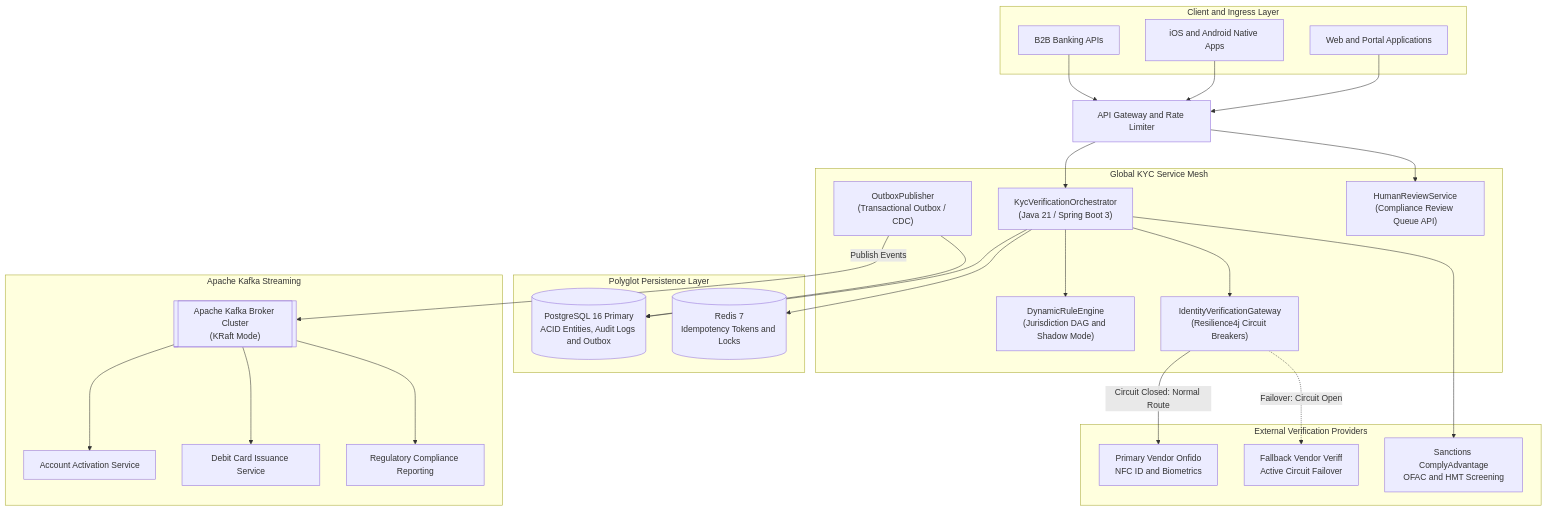
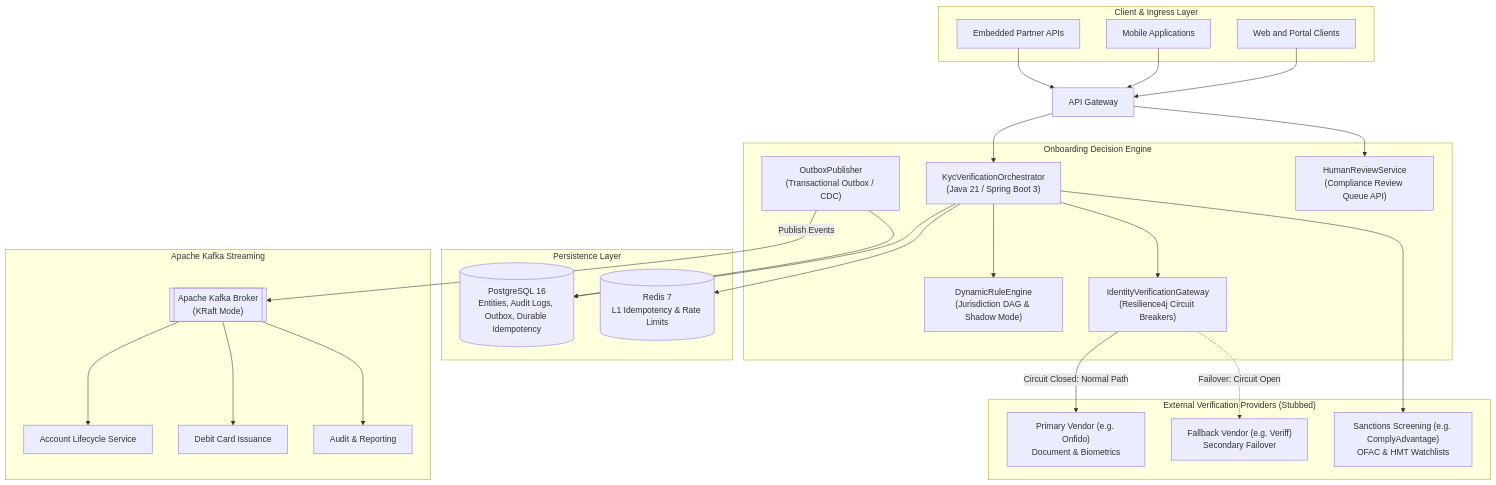
The diagram in README.md (snehanathani/global-kyc-onboarding-platform), drawn with Mermaid before and after one commit. The commit also changed other lines of this file and 10 other files, not shown here.

Commit message:
refactor: tone down README, untrack interview guide, implement dual-tier idempotency, enforce fail-closed sanctions, add ADR-006

````diff
--- a/README.md
+++ b/README.md
@@ -29,57 +27,57 @@
 ```mermaid
 flowchart TD
-    subgraph Ingress["Client and Ingress Layer"]
-        Web["Web and Portal Applications"]
-        Mobile["iOS and Android Native Apps"]
-        Platform["B2B Banking APIs"]
+    subgraph Ingress["Client & Ingress Layer"]
+        Web["Web and Portal Clients"]
+        Mobile["Mobile Applications"]
+        Partner["Embedded Partner APIs"]
     end
 
-    Web --> Gateway["API Gateway and Rate Limiter"]
+    Web --> Gateway["API Gateway"]
     Mobile --> Gateway
-    Platform --> Gateway
+    Partner --> Gateway
 
-    subgraph CoreEngine["Global KYC Service Mesh"]
+    subgraph ServiceMesh["Onboarding Decision Engine"]
         Orchestrator["KycVerificationOrchestrator<br/>(Java 21 / Spring Boot 3)"]
-        RuleDAG["DynamicRuleEngine<br/>(Jurisdiction DAG and Shadow Mode)"]
+        RuleDAG["DynamicRuleEngine<br/>(Jurisdiction DAG & Shadow Mode)"]
         ResilienceGw["IdentityVerificationGateway<br/>(Resilience4j Circuit Breakers)"]
         OutboxWorker["OutboxPublisher<br/>(Transactional Outbox / CDC)"]
         ReviewOps["HumanReviewService<br/>(Compliance Review Queue API)"]
     end
 
     Gateway --> Orchestrator
     Gateway --> ReviewOps
 
     Orchestrator --> RuleDAG
     Orchestrator --> ResilienceGw
 
-    subgraph DataStorage["Polyglot Persistence Layer"]
-        Postgres[("PostgreSQL 16 Primary<br/>ACID Entities, Audit Logs and Outbox")]
-        RedisCache[("Redis 7<br/>Idempotency Tokens and Locks")]
+    subgraph Storage["Persistence Layer"]
+        Postgres[("PostgreSQL 16<br/>Entities, Audit Logs, Outbox, Durable Idempotency")]
+        RedisCache[("Redis 7<br/>L1 Idempotency & Rate Limits")]
     end
 
     Orchestrator --> Postgres
     Orchestrator --> RedisCache
     OutboxWorker --> Postgres
 
-    subgraph ExternalVendors["External Verification Providers"]
-        PrimaryVendor["Primary Vendor Onfido<br/>NFC ID and Biometrics"]
-        FallbackVendor["Fallback Vendor Veriff<br/>Active Circuit Failover"]
-        SanctionsVendor["Sanctions ComplyAdvantage<br/>OFAC and HMT Screening"]
+    subgraph ExternalVendors["External Verification Providers (Stubbed)"]
+        PrimaryVendor["Primary Vendor (e.g. Onfido)<br/>Document & Biometrics"]
+        FallbackVendor["Fallback Vendor (e.g. Veriff)<br/>Secondary Failover"]
+        SanctionsVendor["Sanctions Screening (e.g. ComplyAdvantage)<br/>OFAC & HMT Watchlists"]
     end
 
-    ResilienceGw -->|"Circuit Closed: Normal Route"| PrimaryVendor
+    ResilienceGw -->|"Circuit Closed: Normal Path"| PrimaryVendor
     ResilienceGw -.->|"Failover: Circuit Open"| FallbackVendor
     Orchestrator --> SanctionsVendor
 
     subgraph EventStream["Apache Kafka Streaming"]
-        KafkaBus[["Apache Kafka Broker Cluster<br/>(KRaft Mode)"]]
-        Downstream1["Account Activation Service"]
-        Downstream2["Debit Card Issuance Service"]
-        Downstream3["Regulatory Compliance Reporting"]
+        KafkaBus[["Apache Kafka Broker<br/>(KRaft Mode)"]]
+        Downstream1["Account Lifecycle Service"]
+        Downstream2["Debit Card Issuance"]
+        Downstream3["Audit & Reporting"]
     end
 
     OutboxWorker -->|"Publish Events"| KafkaBus
     KafkaBus --> Downstream1
     KafkaBus --> Downstream2
     KafkaBus --> Downstream3
 ```
````
